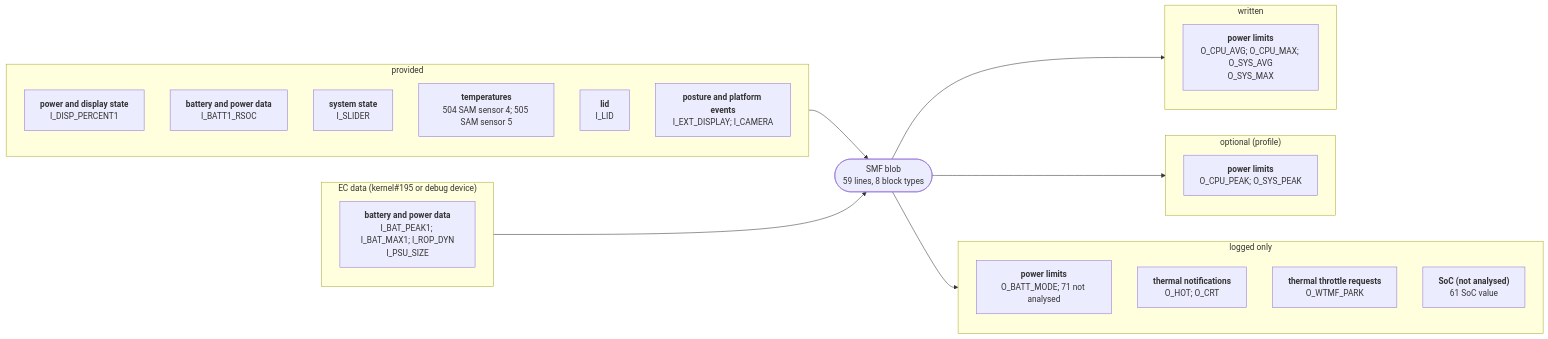
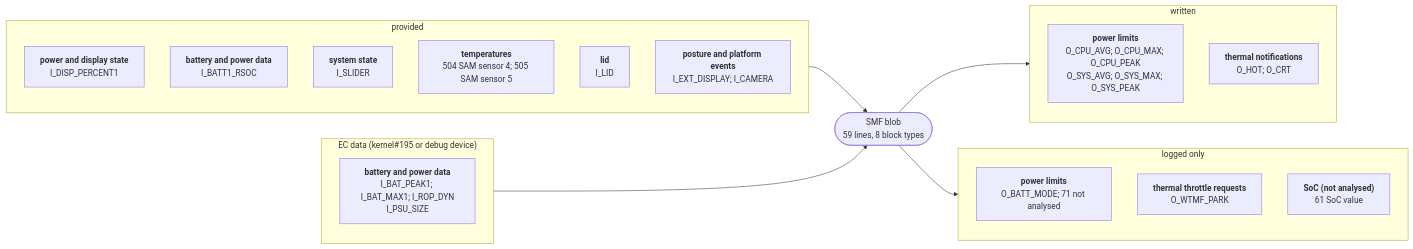
The diagram in docs/devices/surface-go-3.md (larsschellhas/linux-surface-power), drawn with Mermaid before and after one commit. The commit also changed other lines of this file and 53 other files, not shown here.

First line of the commit message:
Write PL3, PL4 and the thermal-policy requests; control only with every output written

````diff
--- a/docs/devices/surface-go-3.md
+++ b/docs/devices/surface-go-3.md
@@ -19,32 +19,28 @@
 ```mermaid
 flowchart LR
     subgraph IN0["provided"]
         I0_1FB53D4C["<b>power and display state</b><br/>I_DISP_PERCENT1"]
         I0_28B7BD85["<b>battery and power data</b><br/>I_BATT1_RSOC"]
         I0_2DD6960F["<b>system state</b><br/>I_SLIDER"]
         I0_2E8B14C2["<b>temperatures</b><br/>504 SAM sensor 4; 505 SAM sensor 5"]
         I0_5D0EE597["<b>lid</b><br/>I_LID"]
         I0_8060B17F["<b>posture and platform events</b><br/>I_EXT_DISPLAY; I_CAMERA"]
     end
     IN0 --> B
     subgraph IN1["EC data (kernel#195 or debug device)"]
         I1_28B7BD85["<b>battery and power data</b><br/>I_BAT_PEAK1; I_BAT_MAX1; I_ROP_DYN<br/>I_PSU_SIZE"]
     end
     IN1 --> B
     B(["SMF blob<br/>59 lines, 8 block types"])
     subgraph OUT0["written"]
-        O0_0B7B5350["<b>power limits</b><br/>O_CPU_AVG; O_CPU_MAX; O_SYS_AVG<br/>O_SYS_MAX"]
+        O0_0B7B5350["<b>power limits</b><br/>O_CPU_AVG; O_CPU_MAX; O_CPU_PEAK<br/>O_SYS_AVG; O_SYS_MAX; O_SYS_PEAK"]
+        O0_110DF2A4["<b>thermal notifications</b><br/>O_HOT; O_CRT"]
     end
     B --> OUT0
-    subgraph OUT1["optional (profile)"]
-        O1_0B7B5350["<b>power limits</b><br/>O_CPU_PEAK; O_SYS_PEAK"]
+    subgraph OUT1["logged only"]
+        O1_0B7B5350["<b>power limits</b><br/>O_BATT_MODE; 71 not analysed"]
+        O1_9BBB8910["<b>thermal throttle requests</b><br/>O_WTMF_PARK"]
+        O1_CF2F6076["<b>SoC (not analysed)</b><br/>61 SoC value"]
     end
     B --> OUT1
-    subgraph OUT2["logged only"]
-        O2_0B7B5350["<b>power limits</b><br/>O_BATT_MODE; 71 not analysed"]
-        O2_110DF2A4["<b>thermal notifications</b><br/>O_HOT; O_CRT"]
-        O2_9BBB8910["<b>thermal throttle requests</b><br/>O_WTMF_PARK"]
-        O2_CF2F6076["<b>SoC (not analysed)</b><br/>61 SoC value"]
-    end
-    B --> OUT2
 ```
````
